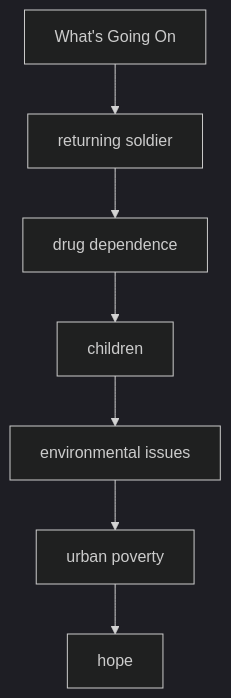
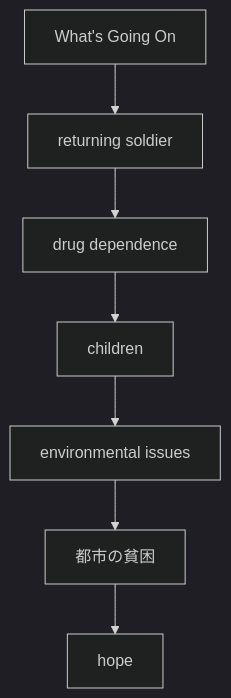
Before and after one commit to monumental-movement/monumental-movement.github.io: diagram 12 of 21 in en/_posts/2026-06-27-column-influential-album-01.md, drawn with Mermaid (dark theme). The commit also changed other lines of this file and 2196 other files, not shown here.

```diff
--- a/en/_posts/2026-06-27-column-influential-album-01.md
+++ b/en/_posts/2026-06-27-column-influential-album-01.md
@@ -703,20 +701,20 @@
 <div class="mermaid">
 
 flowchart TD
 
 A[What's Going On]
 B[returning soldier]
 C[drug dependence]
 D[children]
 E[environmental issues]
-F[urban poverty]
+F[都市の貧困]
 G[hope]
 
 A --> B
 B --> C
 C --> D
 D --> E
 E --> F
 F --> G
 
 </div>
```
